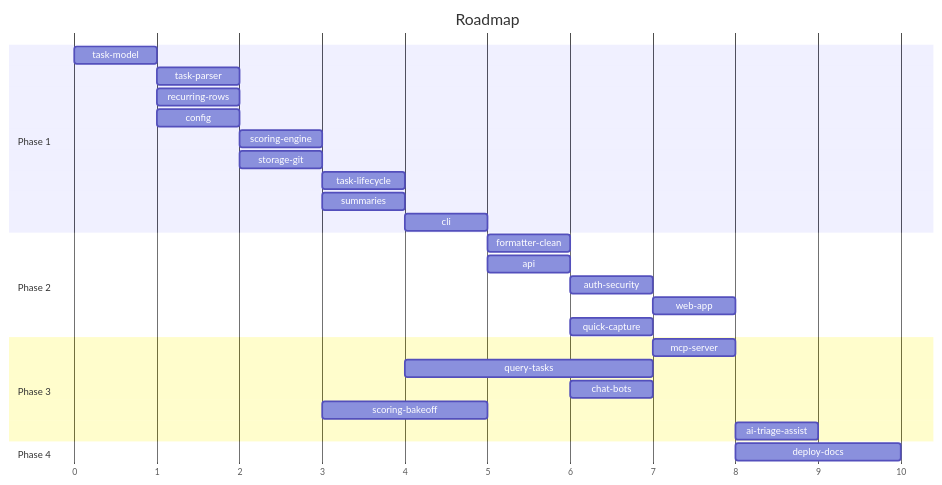
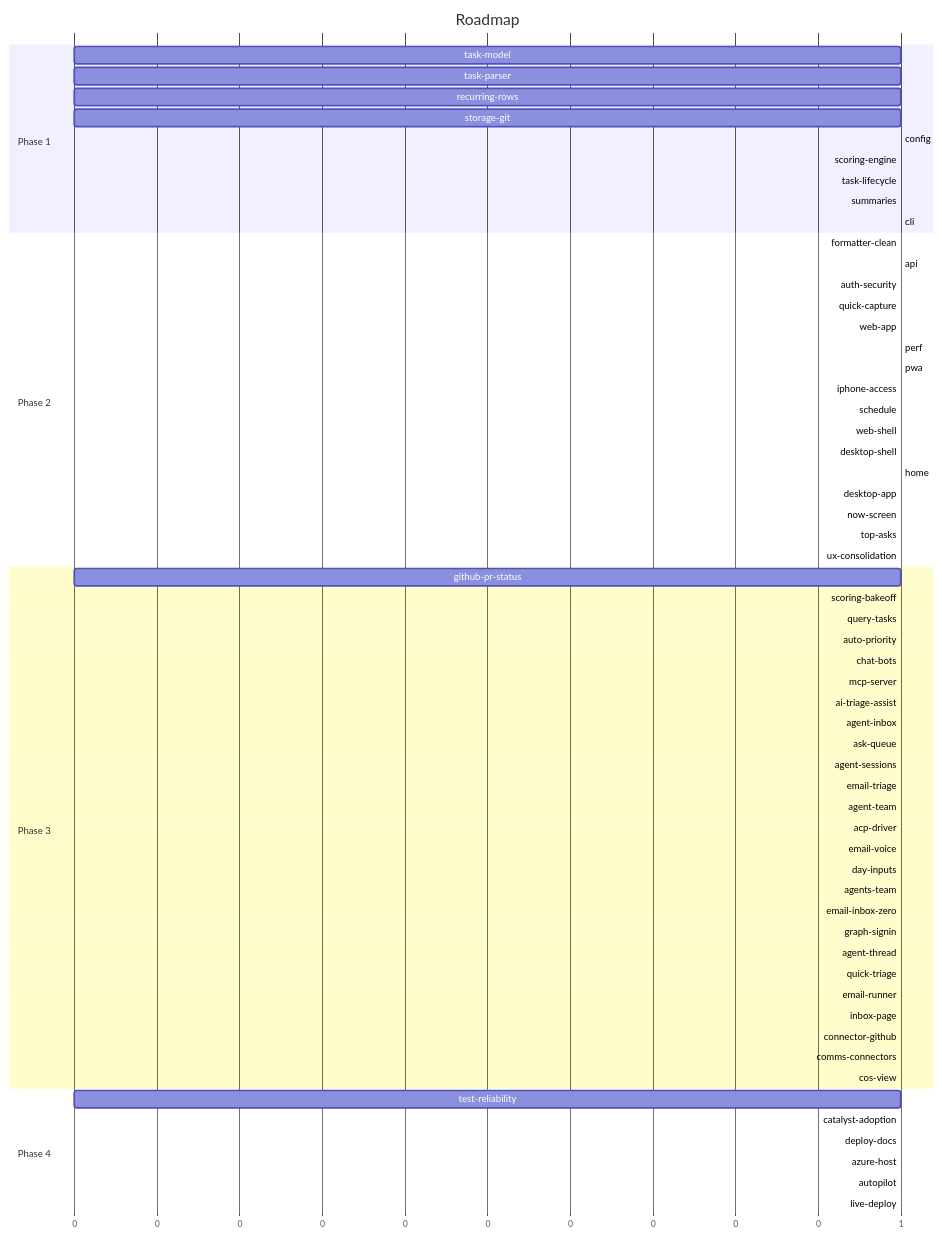
One commit to Xerilium/stack changed the third of 3 diagrams in .xe/features/blueprint.md. Above: the diagram before and after it, drawn with Mermaid. The commit also changed other lines of this file and 4 other files, not shown here.

````diff
--- a/.xe/features/blueprint.md
+++ b/.xe/features/blueprint.md
@@ -122,30 +333,66 @@
 ```mermaid
 gantt
   title Roadmap
   dateFormat X
   axisFormat %s
   section Phase 1
-    task-model :tm, 0, 1
-    task-parser :tp, after tm, 2
-    recurring-rows :rr, after tm, 2
-    config :cf, after tm, 2
-    scoring-engine :se, after tp cf, 3
-    storage-git :sg, after tp, 3
-    task-lifecycle :tl, after se rr, 4
-    summaries :sm, after se, 4
-    cli :cl, after tl sm sg, 5
+    task-model :task_model, 0, 1
+    task-parser :task_parser, 0, 1
+    recurring-rows :recurring_rows, 0, 1
+    storage-git :storage_git, 0, 1
+    config :config, after recurring_rows, 1
+    scoring-engine :scoring_engine, after task_parser config, 1
+    task-lifecycle :task_lifecycle, after scoring_engine recurring_rows task_parser storage_git config, 1
+    summaries :summaries, after scoring_engine config task_parser, 1
+    cli :cli, after task_lifecycle summaries storage_git config, 1
   section Phase 2
-    formatter-clean :fc, after cl, 6
-    api :ap, after cl, 6
-    auth-security :as, after ap, 7
-    web-app :wa, after as, 8
-    quick-capture :qc, after ap, 7
+    formatter-clean :formatter_clean, after task_parser config, 1
+    api :api, after task_lifecycle summaries storage_git, 1
+    auth-security :auth_security, after api, 1
+    quick-capture :quick_capture, after api task_lifecycle recurring_rows, 1
+    web-app :web_app, after api auth_security quick_capture, 1
+    perf :perf, after cli api scoring_engine web_app, 1
+    pwa :pwa, after web_app ask_queue, 1
+    iphone-access :iphone_access, after auth_security api ask_queue pwa azure_host, 1
+    schedule :schedule, after config day_inputs api, 1
+    web-shell :web_shell, after web_app ask_queue pwa agent_sessions live_deploy, 1
+    desktop-shell :desktop_shell, after cli web_app pwa acp_driver, 1
+    home :home, after schedule day_inputs web_app, 1
+    desktop-app :desktop_app, after pwa web_shell live_deploy cli, 1
+    now-screen :now_screen, after home web_app, 1
+    top-asks :top_asks, after web_app home ask_queue task_lifecycle, 1
+    ux-consolidation :ux_consolidation, after now_screen cos_view home web_shell, 1
   section Phase 3
-    mcp-server :ms, after as, 8
-    query-tasks :qt, after tl, 7
-    chat-bots :cb, after ap, 7
-    scoring-bakeoff :sb, after se, 5
-    ai-triage-assist :ai, after ms, 9
+    github-pr-status :github_pr_status, 0, 1
+    scoring-bakeoff :scoring_bakeoff, after scoring_engine, 1
+    query-tasks :query_tasks, after task_lifecycle, 1
+    auto-priority :auto_priority, after scoring_engine scoring_bakeoff, 1
+    chat-bots :chat_bots, after api, 1
+    mcp-server :mcp_server, after api auth_security, 1
+    ai-triage-assist :ai_triage_assist, after mcp_server, 1
+    agent-inbox :agent_inbox, after api ai_triage_assist storage_git auth_security github_pr_status, 1
+    ask-queue :ask_queue, after api storage_git agent_inbox auth_security web_app, 1
+    agent-sessions :agent_sessions, after ask_queue api auth_security web_app task_model, 1
+    email-triage :email_triage, after ask_queue ai_triage_assist, 1
+    agent-team :agent_team, after agent_sessions ask_queue agent_inbox ai_triage_assist api auth_security storage_git web_app, 1
+    acp-driver :acp_driver, after agent_sessions ask_queue cli, 1
+    email-voice :email_voice, after email_triage, 1
+    day-inputs :day_inputs, after email_triage ask_queue web_app api, 1
+    agents-team :agents_team, after agent_team agent_sessions web_app, 1
+    email-inbox-zero :email_inbox_zero, after email_triage email_voice ask_queue, 1
+    graph-signin :graph_signin, after day_inputs email_triage cli, 1
+    agent-thread :agent_thread, after agent_team agent_sessions agent_inbox ask_queue ai_triage_assist api auth_security web_app web_shell, 1
+    quick-triage :quick_triage, after ask_queue task_lifecycle web_shell, 1
+    email-runner :email_runner, after email_triage email_voice email_inbox_zero graph_signin day_inputs, 1
+    inbox-page :inbox_page, after email_triage email_inbox_zero email_voice ask_queue web_shell, 1
+    connector-github :connector_github, after inbox_page ask_queue, 1
+    comms-connectors :comms_connectors, after inbox_page ask_queue, 1
+    cos-view :cos_view, after web_app home ask_queue top_asks day_inputs, 1
   section Phase 4
-    deploy-docs :dd, after wa ms, 10
+    test-reliability :test_reliability, 0, 1
+    catalyst-adoption :catalyst_adoption, after config, 1
+    deploy-docs :deploy_docs, after api mcp_server auth_security chat_bots cli, 1
+    azure-host :azure_host, after api auth_security mcp_server chat_bots storage_git, 1
+    autopilot :autopilot, after deploy_docs, 1
+    live-deploy :live_deploy, after azure_host storage_git ask_queue pwa deploy_docs, 1
 ```
````
